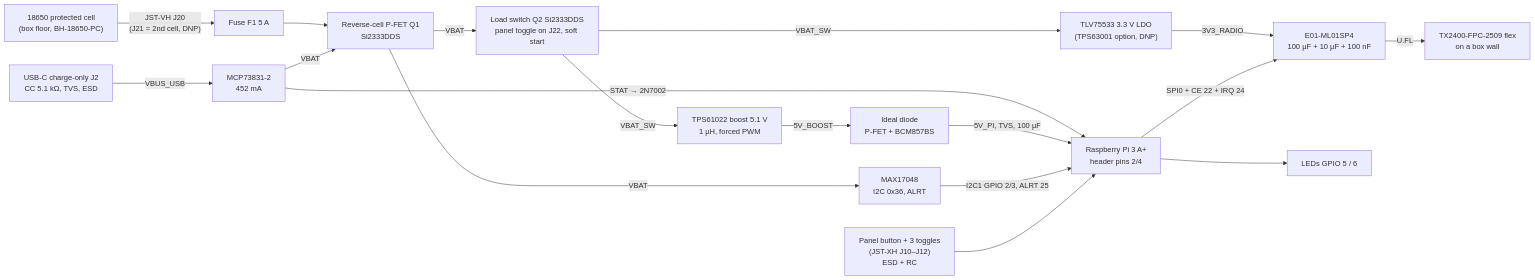
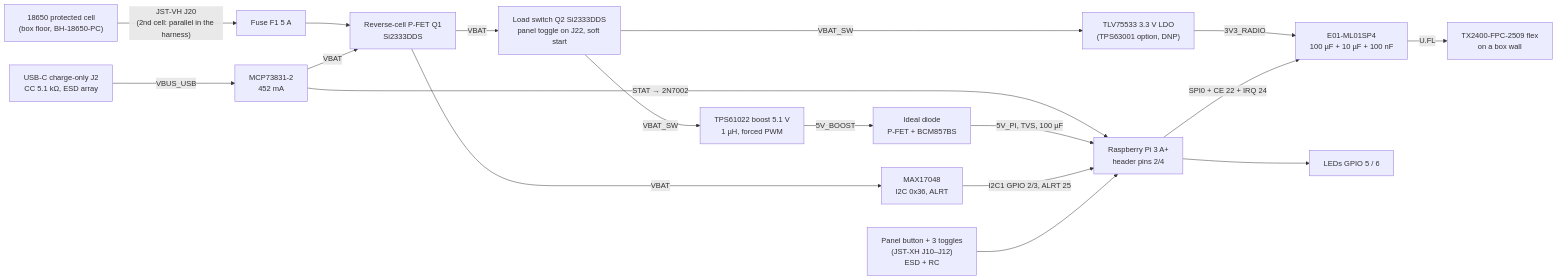
One commit to MicheleLamberti/mtp-f26-teamc changed the diagram in hw/DESIGN_NOTES.md. Above: the diagram before and after it, drawn with Mermaid. The commit also changed other lines of this file and 19 other files, not shown here.

````diff
--- a/hw/DESIGN_NOTES.md
+++ b/hw/DESIGN_NOTES.md
@@ -49,20 +49,20 @@
 ```mermaid
 flowchart LR
-  CELL["18650 protected cell<br/>(box floor, BH-18650-PC)"] -- "JST-VH J20<br/>(J21 = 2nd cell, DNP)" --> F1["Fuse F1 5 A"]
+  CELL["18650 protected cell<br/>(box floor, BH-18650-PC)"] -- "JST-VH J20<br/>(2nd cell: parallel in the harness)" --> F1["Fuse F1 5 A"]
   F1 --> RP["Reverse-cell P-FET Q1<br/>Si2333DDS"]
-  USBC["USB-C charge-only J2<br/>CC 5.1 kΩ, TVS, ESD"] -- VBUS_USB --> CHG["MCP73831-2<br/>452 mA"]
+  USBC["USB-C charge-only J2<br/>CC 5.1 kΩ, ESD array"] -- VBUS_USB --> CHG["MCP73831-2<br/>452 mA"]
   CHG -- VBAT --> RP
   CHG -- "STAT → 2N7002" --> PI
   RP -- VBAT --> FG["MAX17048<br/>I2C 0x36, ALRT"]
   RP -- VBAT --> PSW["Load switch Q2 Si2333DDS<br/>panel toggle on J22, soft start"]
   PSW -- VBAT_SW --> BST["TPS61022 boost 5.1 V<br/>1 µH, forced PWM"]
   PSW -- VBAT_SW --> LDO["TLV75533 3.3 V LDO<br/>(TPS63001 option, DNP)"]
   BST -- 5V_BOOST --> ZVD["Ideal diode<br/>P-FET + BCM857BS"]
   ZVD -- "5V_PI, TVS, 100 µF" --> PI["Raspberry Pi 3 A+<br/>header pins 2/4"]
   LDO -- 3V3_RADIO --> SP4["E01-ML01SP4<br/>100 µF + 10 µF + 100 nF"]
   PI -- "SPI0 + CE 22 + IRQ 24" --> SP4
   FG -- "I2C1 GPIO 2/3, ALRT 25" --> PI
   UI["Panel button + 3 toggles<br/>(JST-XH J10–J12)<br/>ESD + RC"] --> PI
   PI --> LED["LEDs GPIO 5 / 6"]
   SP4 -- U.FL --> ANT["TX2400-FPC-2509 flex<br/>on a box wall"]
 ```
````
